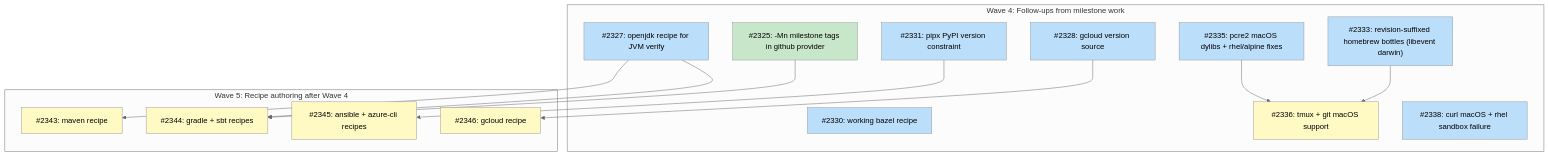
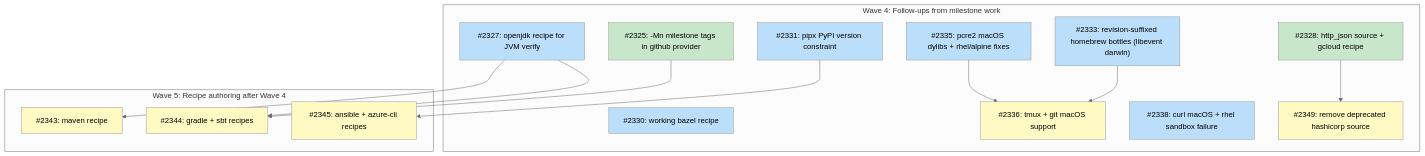
The diagram in docs/plans/PLAN-curated-recipes.md (tsukumogami/tsuku), drawn with Mermaid (neutral theme) before and after one commit. The commit also changed other lines of this file and 9 other files, not shown here.

First line of the commit message:
feat(version): generic http_json version source + gcloud recipe

````diff
--- a/docs/plans/PLAN-curated-recipes.md
+++ b/docs/plans/PLAN-curated-recipes.md
@@ -138,44 +140,44 @@
 ```mermaid
 graph TD
     subgraph wave4 ["Wave 4: Follow-ups from milestone work"]
         I2325["#2325: -Mn milestone tags in github provider"]
         I2327["#2327: openjdk recipe for JVM verify"]
-        I2328["#2328: gcloud version source"]
+        I2328["#2328: http_json source + gcloud recipe"]
         I2330["#2330: working bazel recipe"]
         I2331["#2331: pipx PyPI version constraint"]
         I2333["#2333: revision-suffixed homebrew bottles (libevent darwin)"]
         I2335["#2335: pcre2 macOS dylibs + rhel/alpine fixes"]
         I2336["#2336: tmux + git macOS support"]
         I2338["#2338: curl macOS + rhel sandbox failure"]
+        I2349["#2349: remove deprecated hashicorp source"]
     end
 
     subgraph wave5 ["Wave 5: Recipe authoring after Wave 4"]
         I2343["#2343: maven recipe"]
         I2344["#2344: gradle + sbt recipes"]
         I2345["#2345: ansible + azure-cli recipes"]
-        I2346["#2346: gcloud recipe"]
     end
 
     I2333 --> I2336
     I2335 --> I2336
 
     I2327 --> I2343
     I2325 --> I2344
     I2327 --> I2344
     I2331 --> I2345
-    I2328 --> I2346
+    I2328 --> I2349
 
     classDef done fill:#c8e6c9
     classDef ready fill:#bbdefb
     classDef blocked fill:#fff9c4
     classDef needsDesign fill:#e1bee7
     classDef needsPrd fill:#b3e5fc
     classDef needsSpike fill:#ffcdd2
     classDef needsDecision fill:#d1c4e9
     classDef tracksDesign fill:#FFE0B2,stroke:#F57C00,color:#000
     classDef tracksPlan fill:#FFE0B2,stroke:#F57C00,color:#000
 
-    class I2325 done
-    class I2327,I2328,I2330,I2331,I2333,I2335,I2338 ready
-    class I2336,I2343,I2344,I2345,I2346 blocked
+    class I2325,I2328 done
+    class I2327,I2330,I2331,I2333,I2335,I2338 ready
+    class I2336,I2343,I2344,I2345,I2349 blocked
 ```
````
